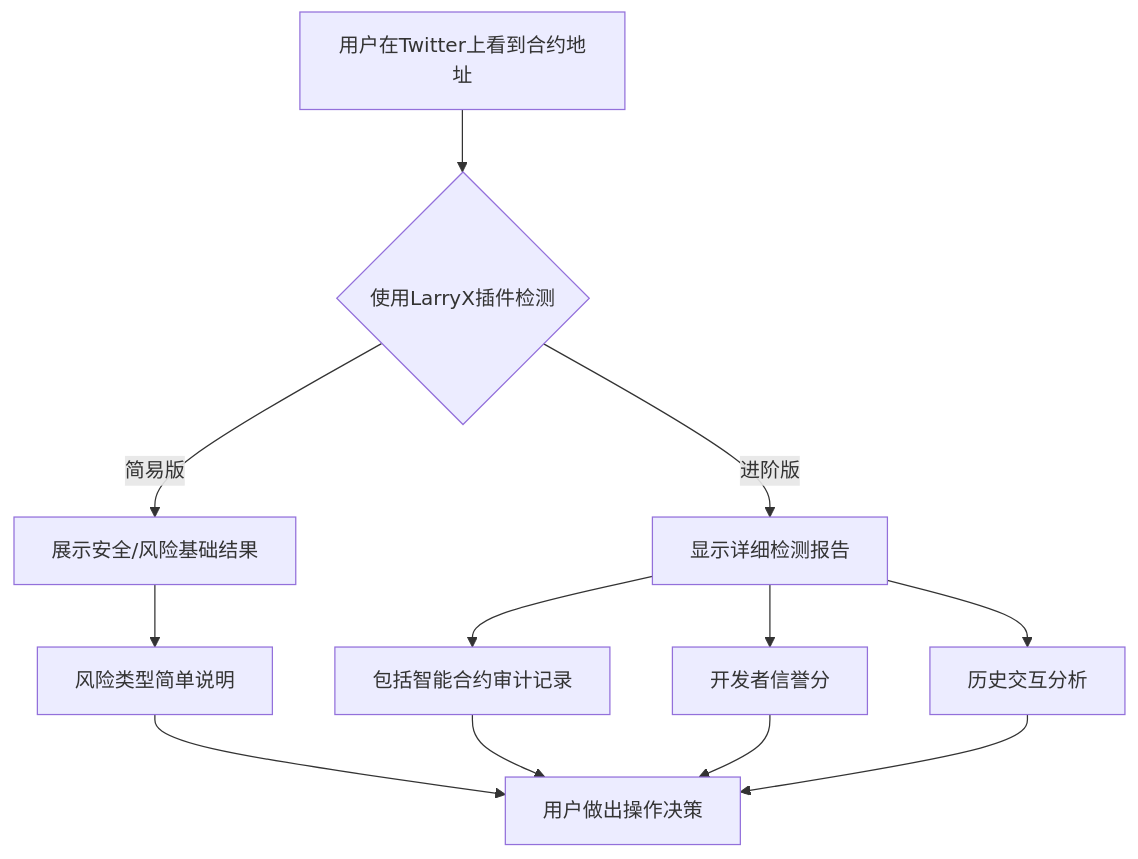
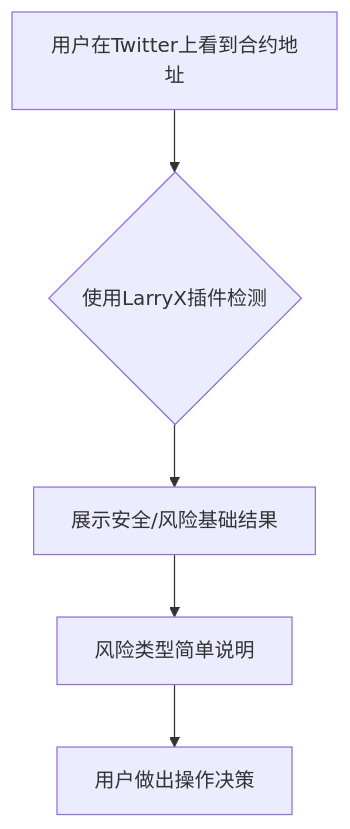
Before and after one commit to harryhuayuanchong/Mermaid: the diagram in 1.mermaid, drawn with Mermaid.

```diff
--- a/1.mermaid
+++ b/1.mermaid
@@ -1,12 +1,5 @@
 flowchart TD
     A[用户在Twitter上看到合约地址] --> B{使用LarryX插件检测}
-    B --> |简易版| C[展示安全/风险基础结果]
-    B --> |进阶版| D[显示详细检测报告]
+    B --> C[展示安全/风险基础结果]
     C --> E[风险类型简单说明]
-    D --> F[包括智能合约审计记录]
-    D --> G[开发者信誉分]
-    D --> H[历史交互分析]
     E --> I[用户做出操作决策]
-    F --> I
-    G --> I
-    H --> I
```
